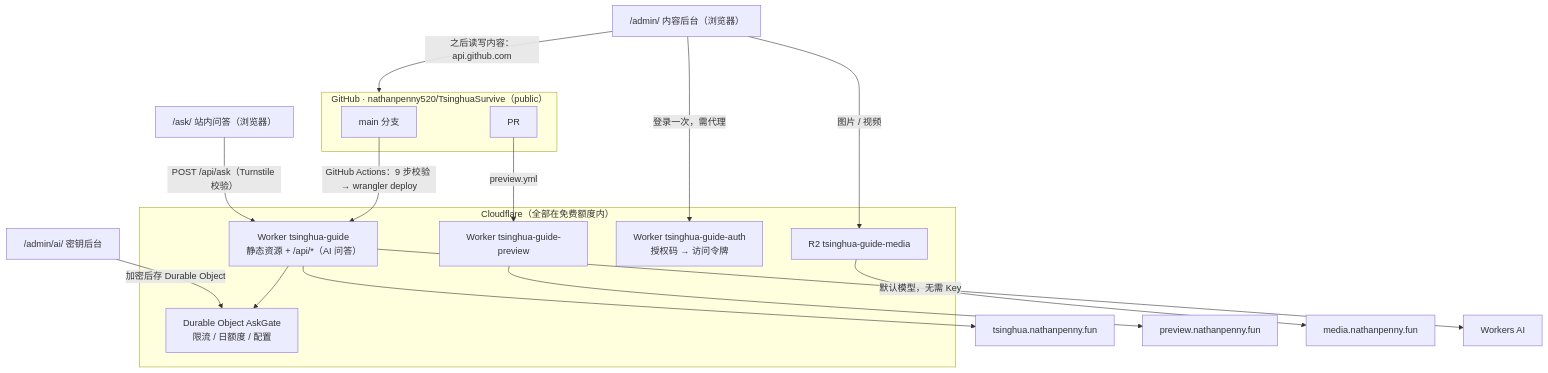
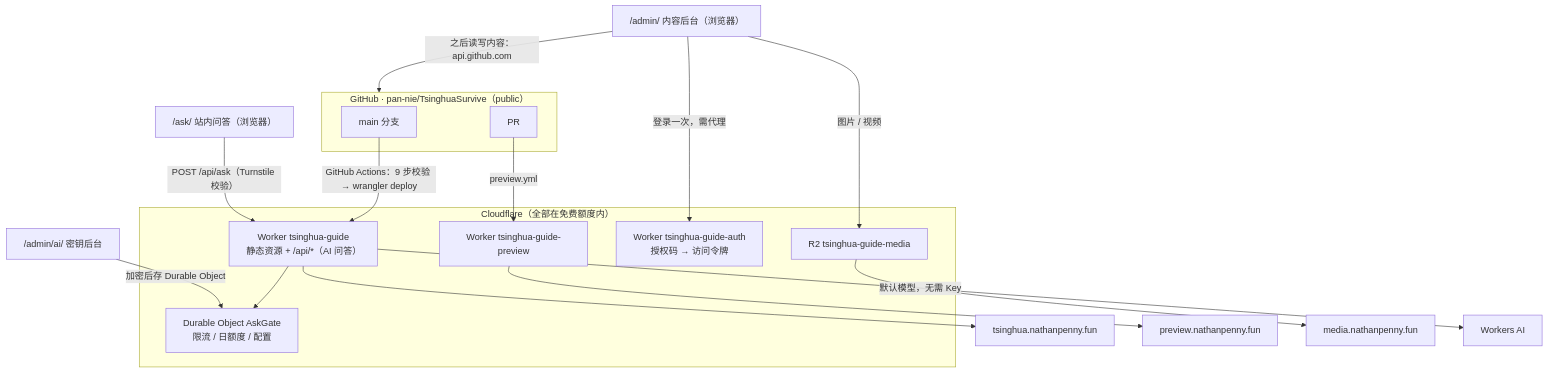
Before and after one commit to nathanpenny520/TsinghuaSurvive: the diagram in HANDOVER.md, drawn with Mermaid. The commit also changed other lines of this file and 14 other files, not shown here.

First line of the commit message:
Point repository references at the renamed account pan-nie

````diff
--- a/HANDOVER.md
+++ b/HANDOVER.md
@@ -13,21 +13,21 @@
 ```mermaid
 flowchart TB
-  subgraph GH["GitHub · nathanpenny520/TsinghuaSurvive（public）"]
+  subgraph GH["GitHub · pan-nie/TsinghuaSurvive（public）"]
     MAIN["main 分支"]; PRB["PR"]
   end
   subgraph CF["Cloudflare（全部在免费额度内）"]
     W1["Worker tsinghua-guide<br/>静态资源 + /api/*（AI 问答）"]
     W2["Worker tsinghua-guide-preview"]
     W3["Worker tsinghua-guide-auth<br/>授权码 → 访问令牌"]
     R2B["R2 tsinghua-guide-media"]
     DO["Durable Object AskGate<br/>限流 / 日额度 / 配置"]
   end
   MAIN -- "GitHub Actions：9 步校验 → wrangler deploy" --> W1 --> SITE["tsinghua.nathanpenny.fun"]
   PRB -- "preview.yml" --> W2 --> PRE["preview.nathanpenny.fun"]
   ADM["/admin/ 内容后台（浏览器）"] -- "登录一次，需代理" --> W3
   ADM -- "之后读写内容：api.github.com" --> GH
   ADM -- "图片 / 视频" --> R2B --> MEDIA["media.nathanpenny.fun"]
   ASK["/ask/ 站内问答（浏览器）"] -- "POST /api/ask（Turnstile 校验）" --> W1 --> DO
   W1 -- "默认模型，无需 Key" --> WAI["Workers AI"]
   ADMIN["/admin/ai/ 密钥后台"] -- "加密后存 Durable Object" --> DO
 ```
````
